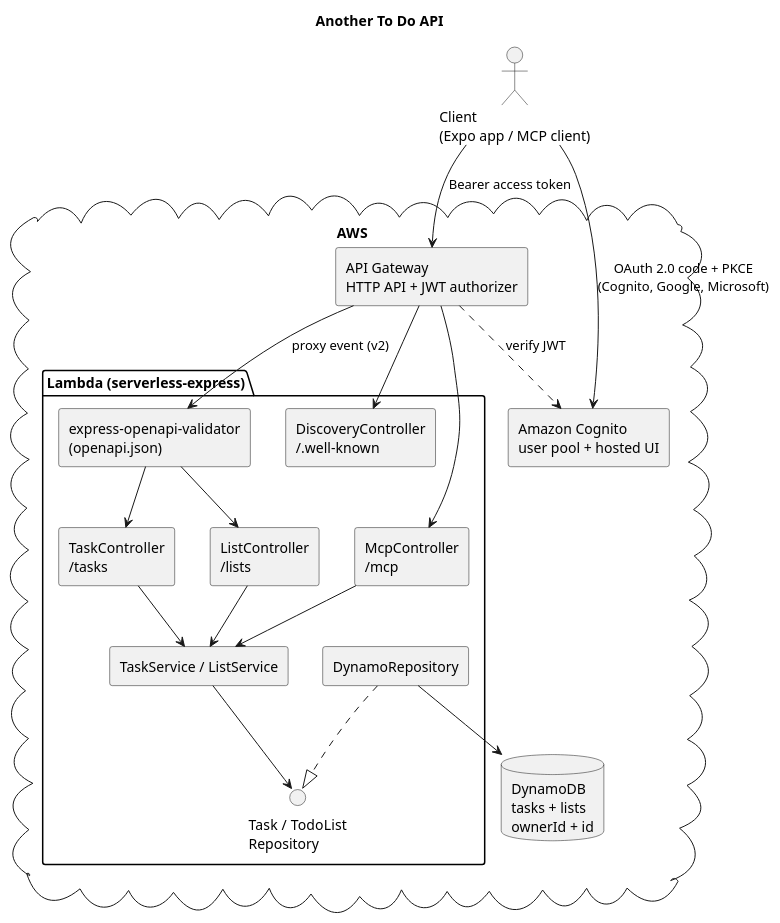
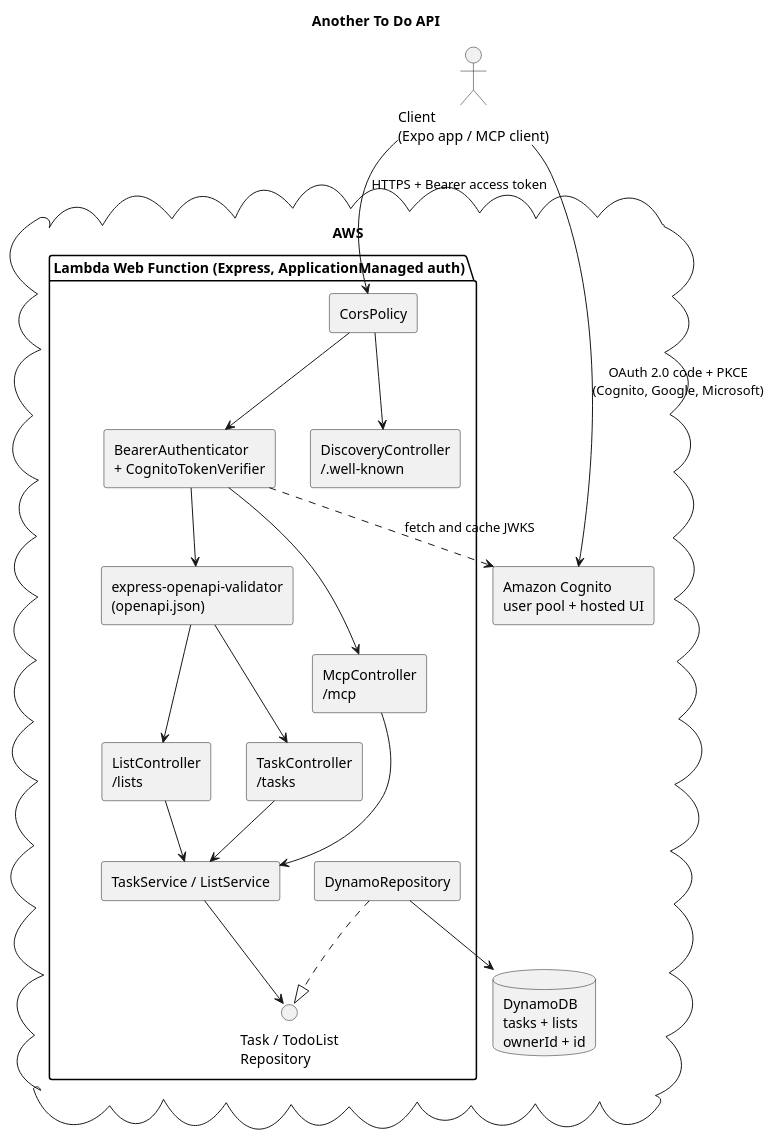
The diagram in docs/api.puml (oliverphardman/another-todo), drawn with PlantUML before and after one commit. The commit also changed 27 other files, not shown here.

First line of the commit message:
refactor(api)!: host the API on Lambda Web Functions instead of serverless-express

```diff
--- a/docs/api.puml
+++ b/docs/api.puml
@@ -1,40 +1,42 @@
 @startuml api
 title Another To Do API
 
 skinparam componentStyle rectangle
 
 actor "Client\n(Expo app / MCP client)" as Client
 
 cloud "AWS" {
   component "Amazon Cognito\nuser pool + hosted UI" as Cognito
-  component "API Gateway\nHTTP API + JWT authorizer" as Gateway
 
-  package "Lambda (serverless-express)" {
+  package "Lambda Web Function (Express, ApplicationManaged auth)" {
+    component "CorsPolicy" as Cors
+    component "BearerAuthenticator\n+ CognitoTokenVerifier" as Auth
     component "express-openapi-validator\n(openapi.json)" as Validator
     component "TaskController\n/tasks" as Tasks
     component "ListController\n/lists" as Lists
     component "McpController\n/mcp" as Mcp
     component "DiscoveryController\n/.well-known" as Discovery
     component "TaskService / ListService" as Service
     interface "Task / TodoList\nRepository" as TaskRepository
     component "DynamoRepository" as Repo
   }
 
   database "DynamoDB\ntasks + lists\nownerId + id" as Table
 }
 
 Client --> Cognito : OAuth 2.0 code + PKCE\n(Cognito, Google, Microsoft)
-Client --> Gateway : Bearer access token
-Gateway ..> Cognito : verify JWT
-Gateway --> Validator : proxy event (v2)
+Client --> Cors : HTTPS + Bearer access token
+Cors --> Discovery
+Cors --> Auth
+Auth ..> Cognito : fetch and cache JWKS
+Auth --> Validator
+Auth --> Mcp
 Validator --> Tasks
 Validator --> Lists
-Gateway --> Mcp
-Gateway --> Discovery
 Tasks --> Service
 Lists --> Service
 Mcp --> Service
 Service --> TaskRepository
 Repo ..|> TaskRepository
 Repo --> Table
 @enduml
```
